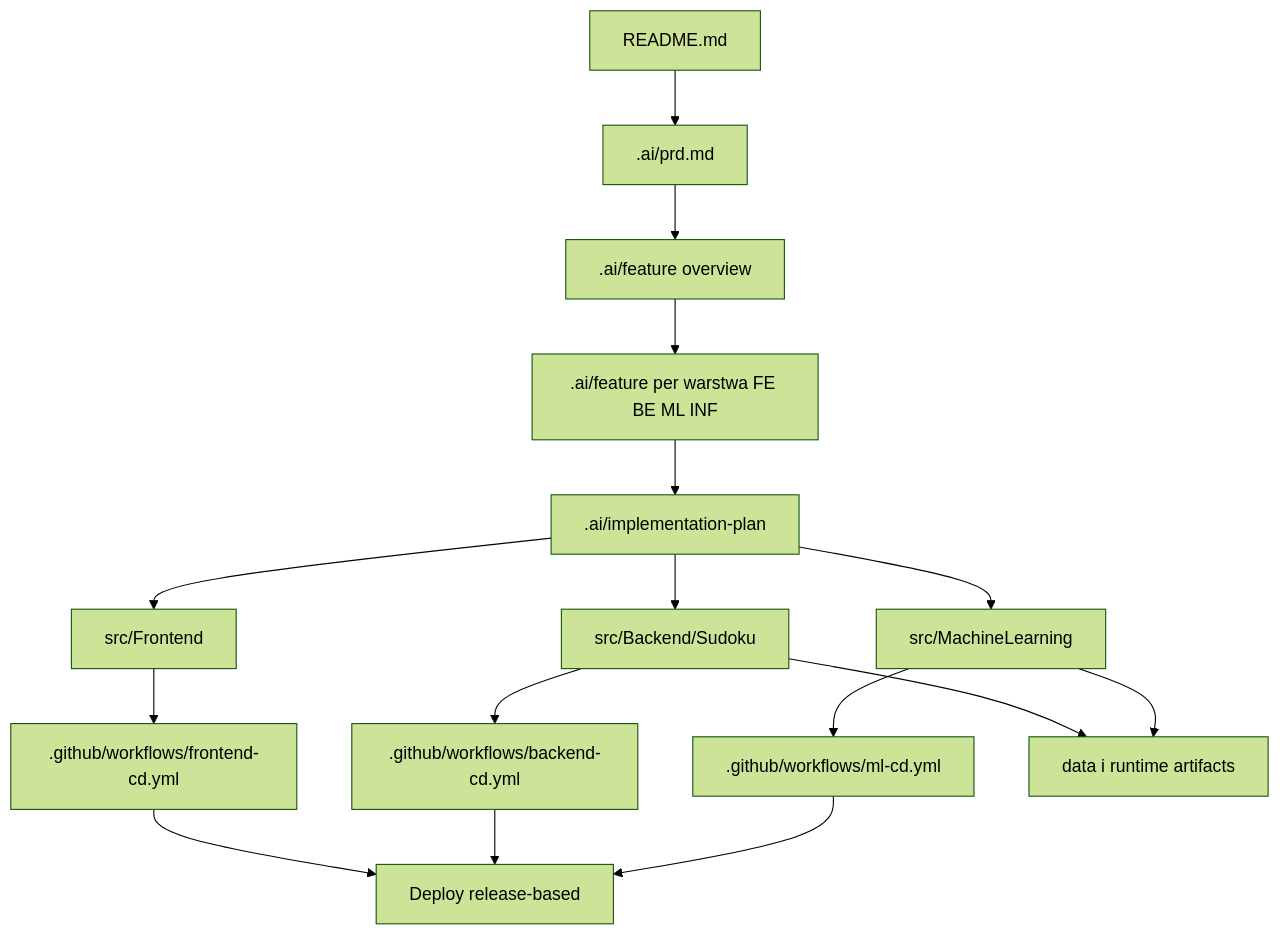
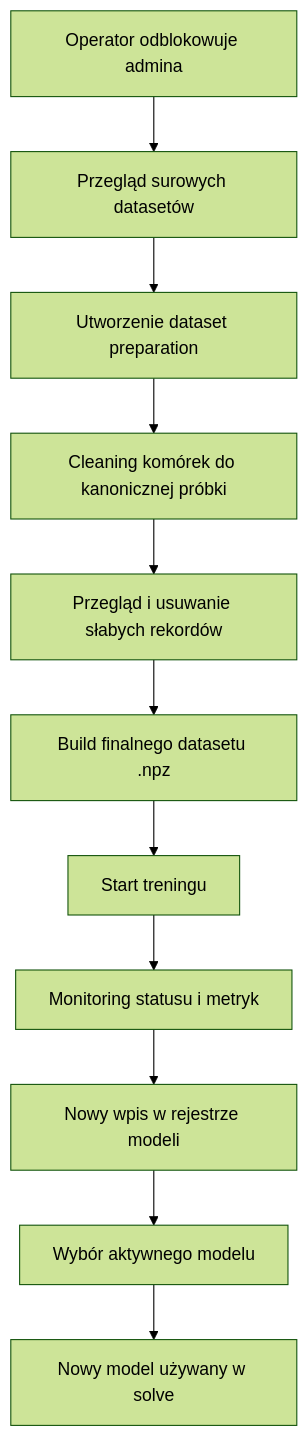
Before and after one commit to ML-Experts/sudoku: the third of 11 diagrams in README.md, drawn with Mermaid (forest theme). The commit also changed other lines of this file and 13 other files, not shown here.

````diff
--- a/README.md
+++ b/README.md
@@ -173,18 +185,13 @@
 ```mermaid
 flowchart TD
-    A[README.md] --> B[.ai/prd.md]
-    B --> C[.ai/feature overview]
-    C --> D[.ai/feature per warstwa FE BE ML INF]
-    D --> E[.ai/implementation-plan]
-    E --> F[src/Frontend]
-    E --> G[src/Backend/Sudoku]
-    E --> H[src/MachineLearning]
-    F --> I[.github/workflows/frontend-cd.yml]
-    G --> J[.github/workflows/backend-cd.yml]
-    H --> K[.github/workflows/ml-cd.yml]
-    G --> L[data i runtime artifacts]
-    H --> L
-    I --> M[Deploy release-based]
-    J --> M
-    K --> M
+    A[Operator odblokowuje admina] --> B[Przegląd surowych datasetów]
+    B --> C[Utworzenie dataset preparation]
+    C --> D[Cleaning komórek do kanonicznej próbki]
+    D --> E[Przegląd i usuwanie słabych rekordów]
+    E --> F[Build finalnego datasetu .npz]
+    F --> G[Start treningu]
+    G --> H[Monitoring statusu i metryk]
+    H --> I[Nowy wpis w rejestrze modeli]
+    I --> J[Wybór aktywnego modelu]
+    J --> K[Nowy model używany w solve]
 ```
````
